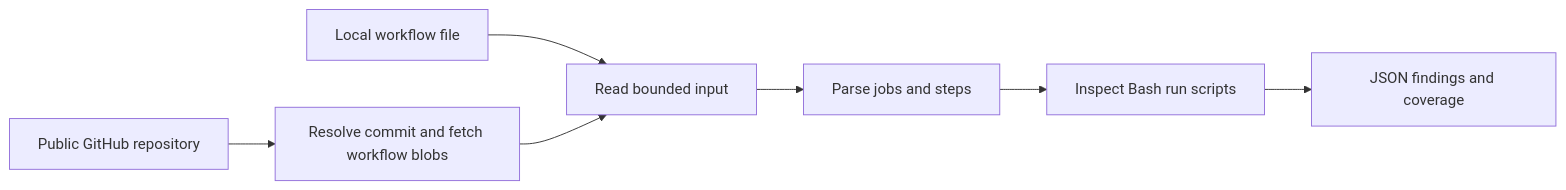
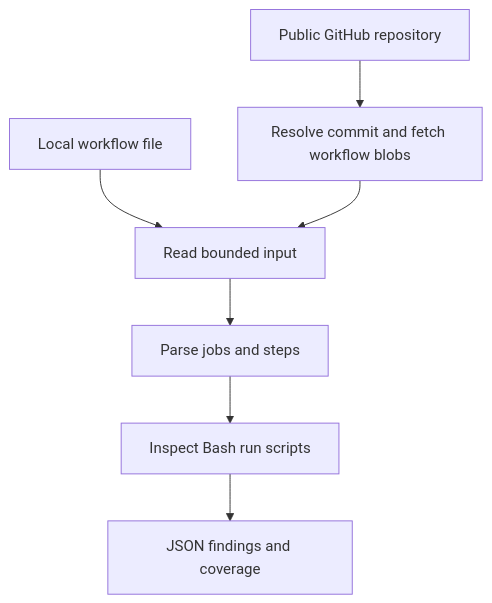
One commit to zorosz/workflow-hardener changed the diagram in README.md. Above: the diagram before and after it, drawn with Mermaid. The commit also changed 4 other files, not shown here.

Commit message:
Add spec review process and rotate README flowchart

````diff
--- a/README.md
+++ b/README.md
@@ -31,9 +31,9 @@
 ```mermaid
-flowchart LR
+flowchart TD
     FILE[Local workflow file] --> READ[Read bounded input]
     REPO[Public GitHub repository] --> FETCH[Resolve commit and fetch workflow blobs]
     FETCH --> READ
     READ --> YAML[Parse jobs and steps]
     YAML --> RULE[Inspect Bash run scripts]
     RULE --> RESULT[JSON findings and coverage]
 ```
````
